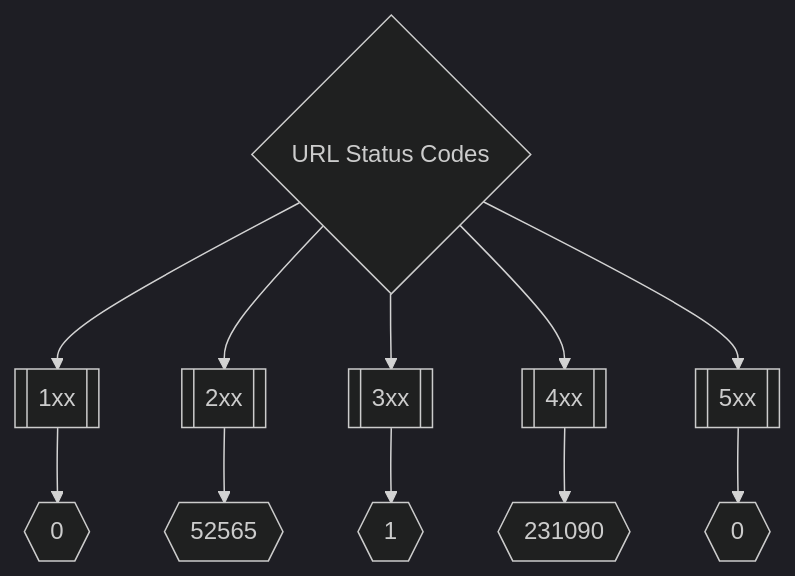
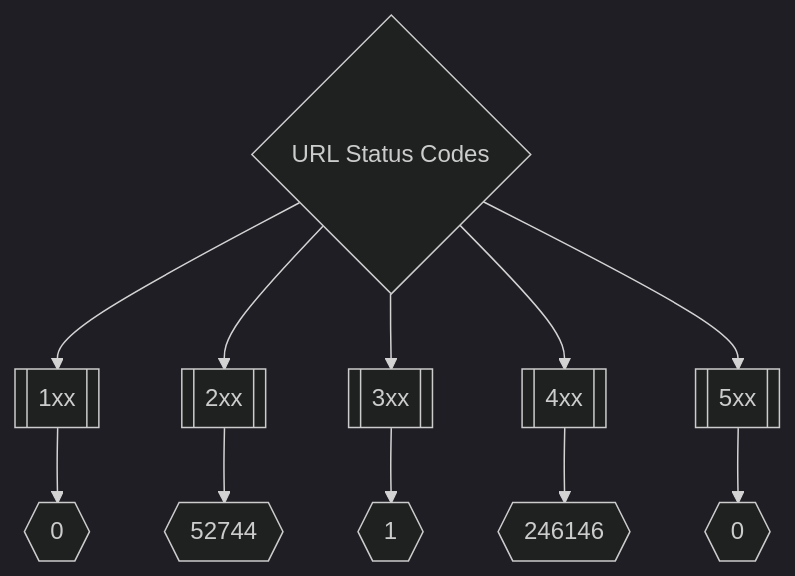
One commit to trickest/inventory changed the second of 3 diagrams in README.md. Above: the diagram before and after it, drawn with Mermaid (dark theme). The commit also changed other lines of this file, not shown here.

Commit message:
Update Sun Apr  3 22:07:52 UTC 2022

````diff
--- a/README.md
+++ b/README.md
@@ -173,8 +173,8 @@
 ```mermaid
 graph TD
 title{URL Status Codes} --> 1xx[[1xx]] --> status1xxNum{{0}}
-title --> 2xx[[2xx]] --> status2xxNum{{52565}}
+title --> 2xx[[2xx]] --> status2xxNum{{52744}}
 title --> 3xx[[3xx]] --> status3xxNum{{1}}
-title --> 4xx[[4xx]] --> status4xxNum{{231090}}
+title --> 4xx[[4xx]] --> status4xxNum{{246146}}
 title --> 5xx[[5xx]] --> status5xxNum{{0}}
 ```
````
